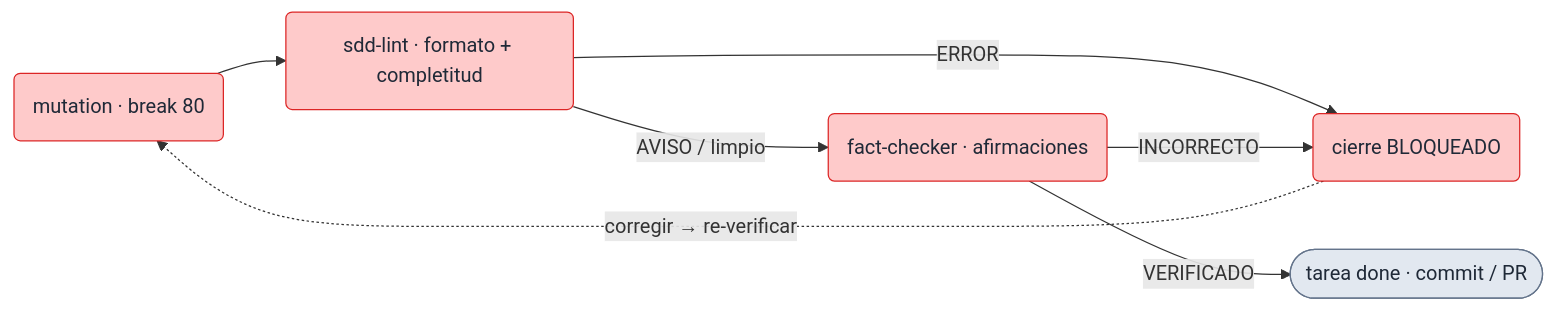
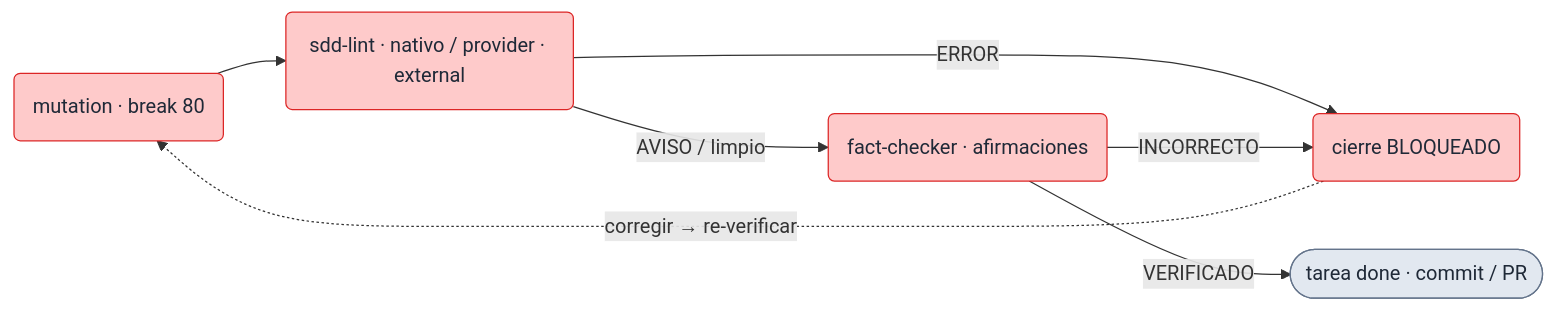
The second of 2 diagrams in website/guia/pipeline.md (drossan/claude-plugins), drawn with Mermaid before and after one commit. The commit also changed other lines of this file and 20 other files, not shown here.

Commit message:
task-pipeline-sdd-proveedor-externo-08: fix(sdd): correcciones del 2.º code review (provider propio sin prefijo, cat. 13 acotada, regla de modos sin duplicar) y release 0.18.3

````diff
--- a/website/guia/pipeline.md
+++ b/website/guia/pipeline.md
@@ -84,12 +84,12 @@
 ```mermaid
 flowchart LR
-    M("mutation · break 80"):::gate --> SL("sdd-lint · formato + completitud"):::gate
+    M("mutation · break 80"):::gate --> SL("sdd-lint · nativo / provider · external"):::gate
     SL -->|"AVISO / limpio"| FC("fact-checker · afirmaciones"):::gate
     SL -->|"ERROR"| BLK("cierre BLOQUEADO"):::gate
     FC -->|"INCORRECTO"| BLK
     FC -->|"VERIFICADO"| OK(["tarea done · commit / PR"]):::normal
     BLK -.->|"corregir → re-verificar"| M
 
     classDef gate   fill:#fecaca,stroke:#dc2626,color:#1f2937
     classDef normal fill:#e2e8f0,stroke:#64748b,color:#1f2937
 ```
````
